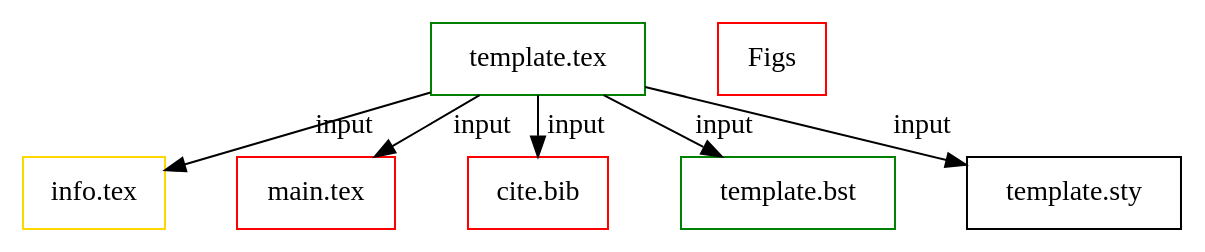
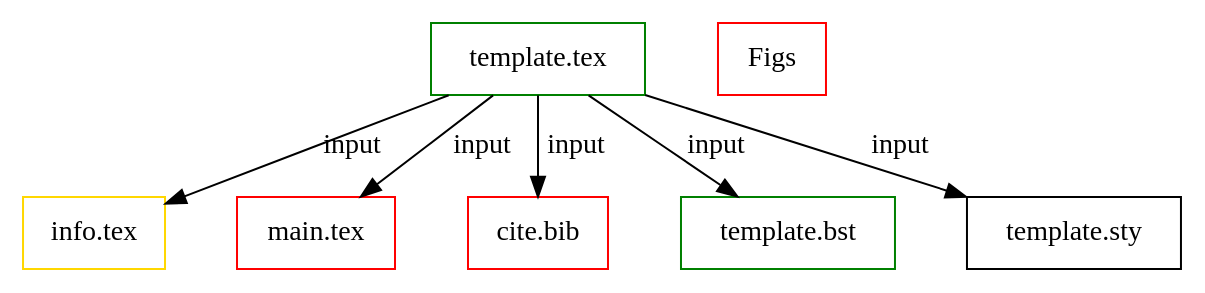
One commit to bwtian/texTemplate changed the diagram in texTemplate.org. Above: the diagram before and after it, drawn with Graphviz. The commit also changed other lines of this file and 1 other file, not shown here.

Commit message:
- ‘.#texTemplate.org’ / ‘texTemplate.org’

```diff
--- a/texTemplate.org
+++ b/texTemplate.org
@@ -4,22 +4,22 @@
 #+BEGIN_SRC dot :file ./texTemplate.svg 
   digraph { 
   fontname="Times"; 
   fontsize = 12; 
   splines = false; 
-  ranksep = 0.2; 
+  ranksep = 0.5; 
   nodesep = 0.5; 
   node [shape = box] 
   //1. set node 
   temp [label = "template.tex", color = green]
   info [label = "info.tex", color = gold]
   main [label = "main.tex", color = red]
   bib [label = "cite.bib", color = red]
   bst [label = "template.bst", color = green]
   sty [label = "template.sty"]
-  fig [label = "Figs", color=red, fill = true]
+  fig [label = "Figs", color=red, fill = lightblue]
   //2. set path 
   temp -> {info,main, bib, bst, sty} [label = input]
   //3. set rank 
 
   }
 #+END_SRC
```
